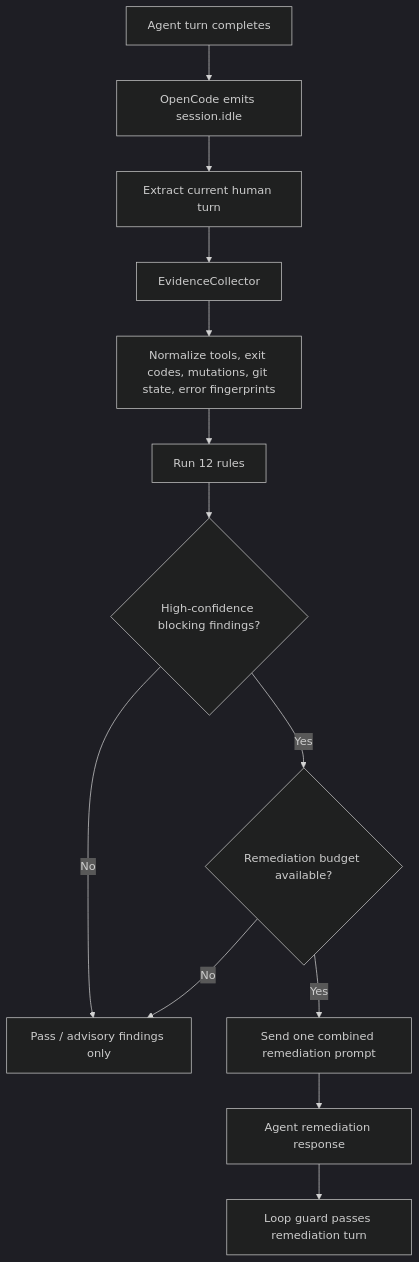
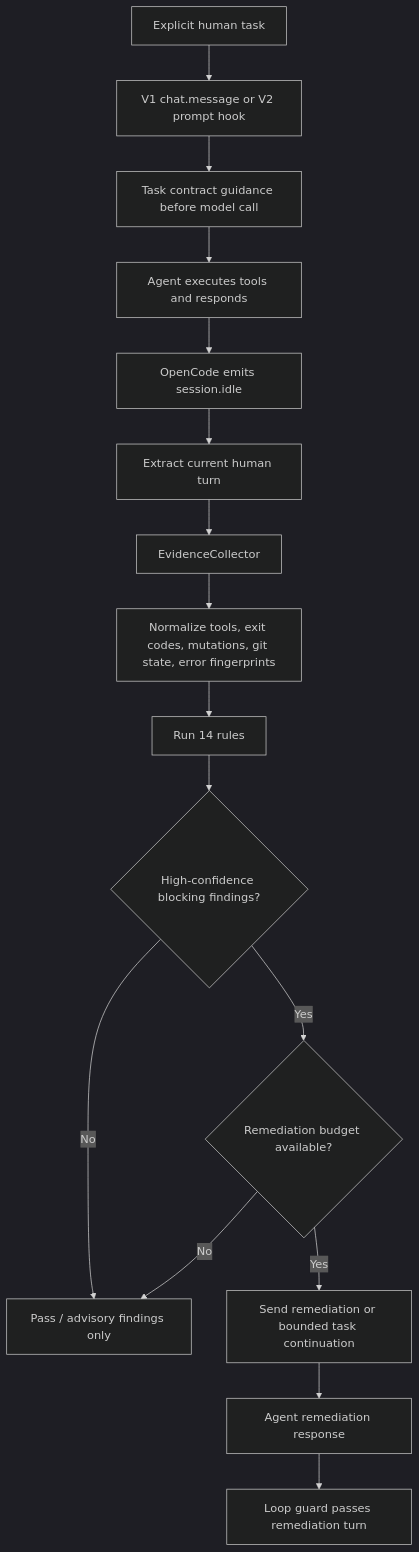
One commit to qunqin24/opendock changed the diagram in src/data/readme/opencode-guardian.md. Above: the diagram before and after it, drawn with Mermaid (dark theme). The commit also changed other lines of this file and 66 other files, not shown here.

````diff
--- a/src/data/readme/opencode-guardian.md
+++ b/src/data/readme/opencode-guardian.md
@@ -169,15 +226,18 @@
 ```mermaid
 flowchart TD
-    A[Agent turn completes] --> B[OpenCode emits session.idle]
+    Z[Explicit human task] --> Y[V1 chat.message or V2 prompt hook]
+    Y --> X[Task contract guidance before model call]
+    X --> A[Agent executes tools and responds]
+    A --> B[OpenCode emits session.idle]
     B --> C[Extract current human turn]
     C --> D[EvidenceCollector]
     D --> E[Normalize tools, exit codes, mutations, git state, error fingerprints]
-    E --> F[Run 12 rules]
+    E --> F[Run 14 rules]
     F --> G{High-confidence blocking findings?}
     G -->|No| H[Pass / advisory findings only]
     G -->|Yes| I{Remediation budget available?}
     I -->|No| H
-    I -->|Yes| J[Send one combined remediation prompt]
+    I -->|Yes| J[Send remediation or bounded task continuation]
     J --> K[Agent remediation response]
     K --> L[Loop guard passes remediation turn]
 ```
````
